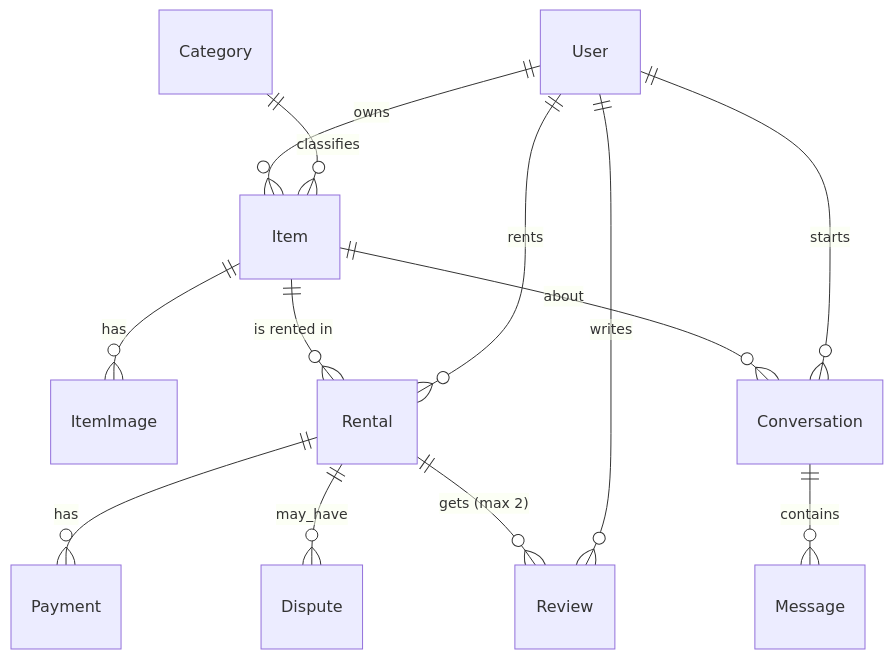
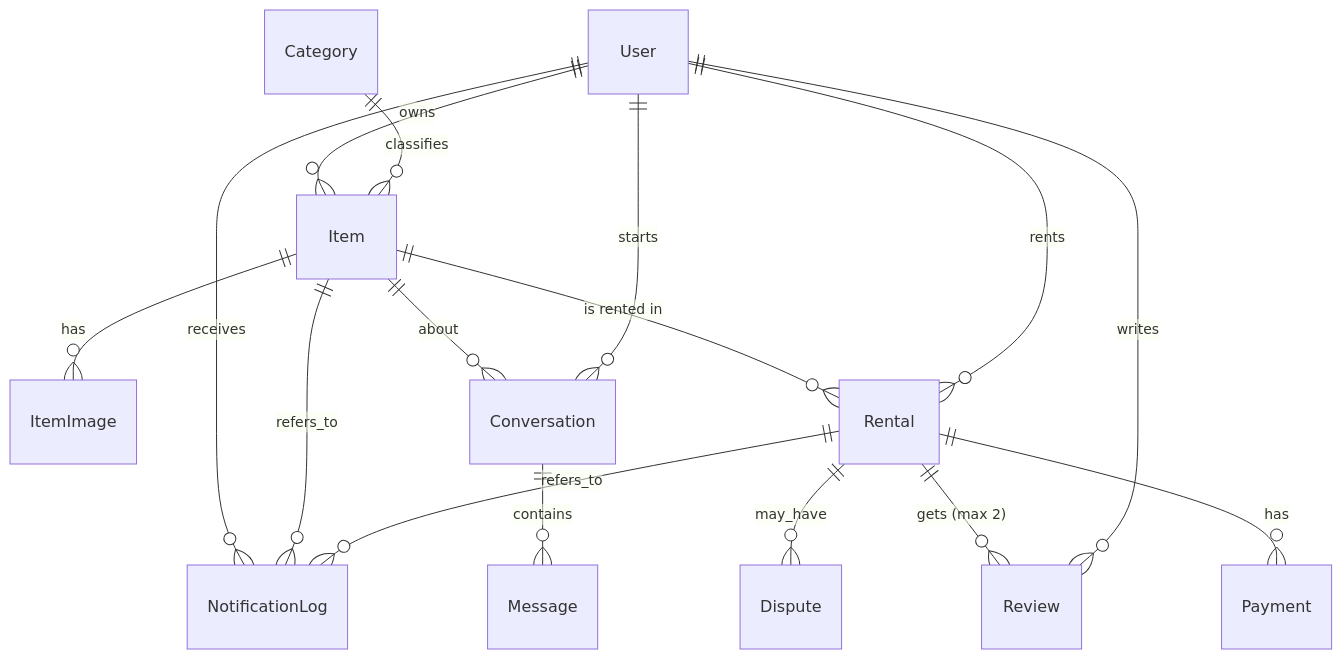
One commit to amirBazargani/Amantyab changed the sixth of 6 diagrams in docs/REPORT.md. Above: the diagram before and after it, drawn with Mermaid. The commit also changed other lines of this file, not shown here.

````diff
--- a/docs/REPORT.md
+++ b/docs/REPORT.md
@@ -165,15 +214,18 @@
 ```mermaid
 erDiagram
   User ||--o{ Item : owns
   Category ||--o{ Item : classifies
   Item ||--o{ ItemImage : has
   Item ||--o{ Rental : "is rented in"
   User ||--o{ Rental : rents
   Rental ||--o{ Payment : has
   Rental ||--o{ Dispute : may_have
   Rental ||--o{ Review : "gets (max 2)"
   User ||--o{ Review : writes
   Item ||--o{ Conversation : about
   User ||--o{ Conversation : starts
   Conversation ||--o{ Message : contains
+  User ||--o{ NotificationLog : receives
+  Item ||--o{ NotificationLog : refers_to
+  Rental ||--o{ NotificationLog : refers_to
 ```
````
